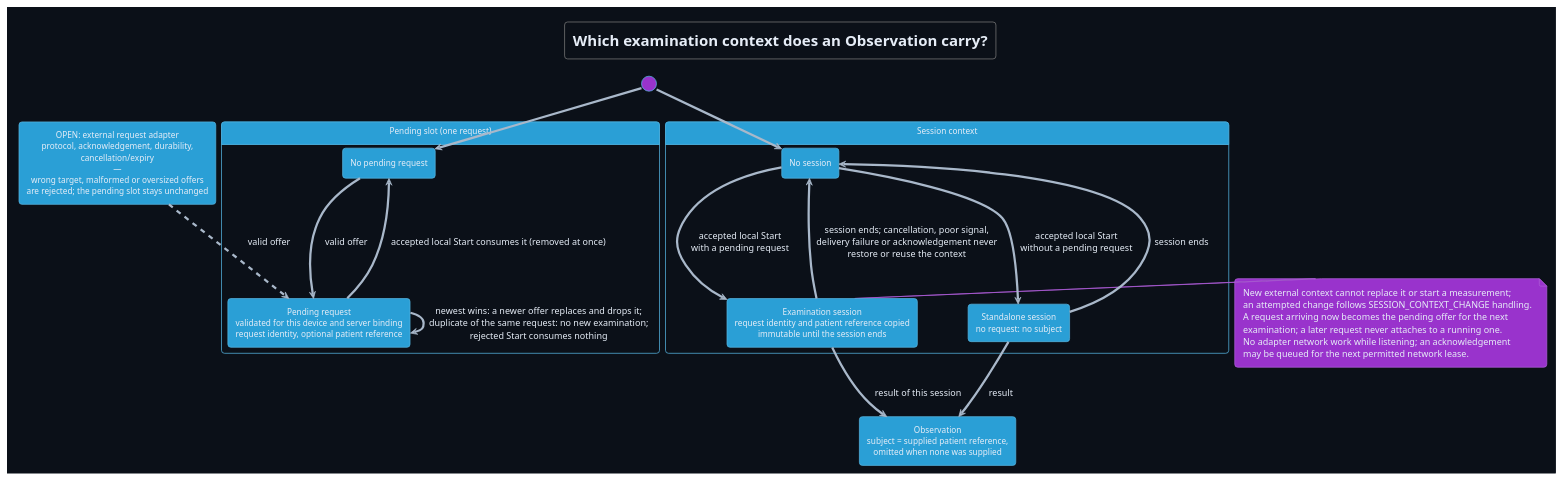
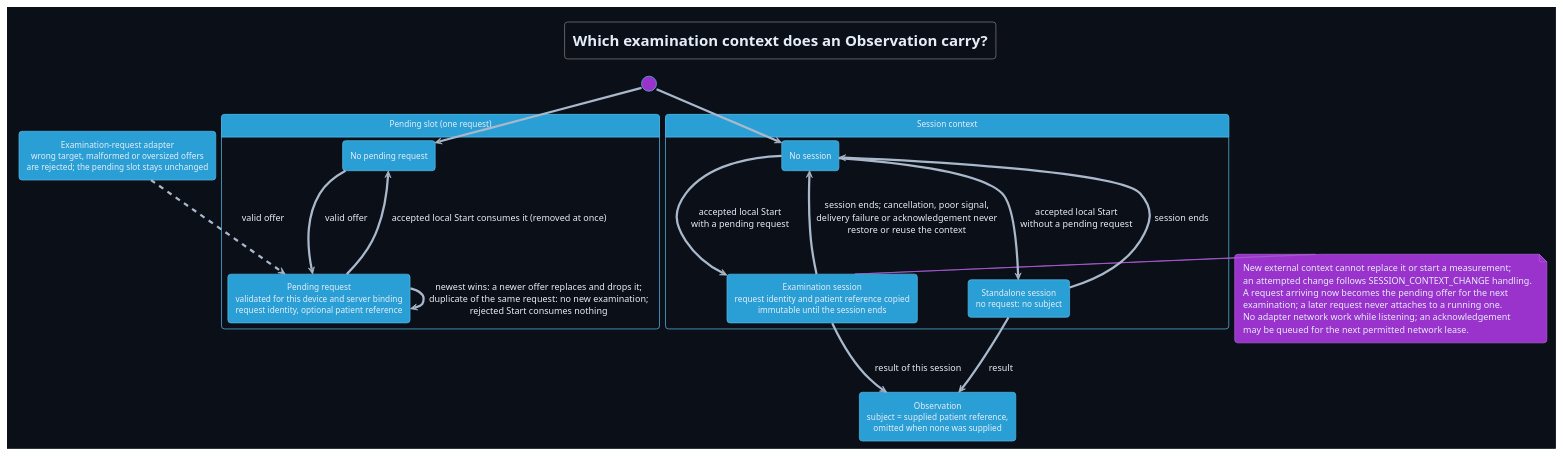
The diagram in Development/system/design/COMMUNICATION/examination-request-lifecycle.puml (DemonicPsychoII/DigitalStethoscope), drawn with PlantUML before and after one commit. The commit also changed 181 other files, not shown here.

First line of the commit message:
documentation: state only what is in architecture, design and code documents

```diff
--- a/Development/system/design/COMMUNICATION/examination-request-lifecycle.puml
+++ b/Development/system/design/COMMUNICATION/examination-request-lifecycle.puml
@@ -1,42 +1,42 @@
 @startuml examination_request_lifecycle
 !theme cyborg
 skinparam shadowing false
 skinparam defaultFontName SansSerif
 skinparam backgroundColor #0b1018
 skinparam defaultFontColor #e6edf7
 skinparam ArrowColor #a9b8ca
 !pragma layout smetana
 title Which examination context does an Observation carry?
 hide empty description
-state "OPEN: external request adapter\nprotocol, acknowledgement, durability,\ncancellation/expiry\n—\nwrong target, malformed or oversized offers\nare rejected; the pending slot stays unchanged" as Adapter
+state "Examination-request adapter\nwrong target, malformed or oversized offers\nare rejected; the pending slot stays unchanged" as Adapter
 state "Pending slot (one request)" as Slot {
  state "No pending request" as Empty
  state "Pending request\nvalidated for this device and server binding\nrequest identity, optional patient reference" as Pending
 }
 state "Session context" as Session {
  state "No session" as NoSession
  state "Examination session\nrequest identity and patient reference copied\nimmutable until the session ends" as Active
  state "Standalone session\nno request: no subject" as Standalone
 }
 state "Observation\nsubject = supplied patient reference,\nomitted when none was supplied" as Observation
 Adapter -[dashed]-> Pending : valid offer
 [*] --> Empty
 Empty --> Pending : valid offer
 Pending --> Pending : newest wins: a newer offer replaces and drops it;\nduplicate of the same request: no new examination;\nrejected Start consumes nothing
 Pending --> Empty : accepted local Start consumes it (removed at once)
 [*] --> NoSession
 NoSession --> Active : accepted local Start\nwith a pending request
 NoSession --> Standalone : accepted local Start\nwithout a pending request
 Active --> Observation : result of this session
 Standalone --> Observation : result
 Active --> NoSession : session ends; cancellation, poor signal,\ndelivery failure or acknowledgement never\nrestore or reuse the context
 Standalone --> NoSession : session ends
 note right of Active
  New external context cannot replace it or start a measurement;
  an attempted change follows SESSION_CONTEXT_CHANGE handling.
  A request arriving now becomes the pending offer for the next
  examination; a later request never attaches to a running one.
  No adapter network work while listening; an acknowledgement
  may be queued for the next permitted network lease.
 end note
 @enduml
```
